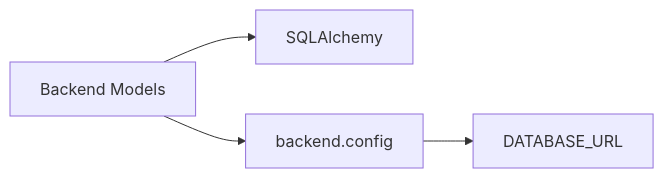
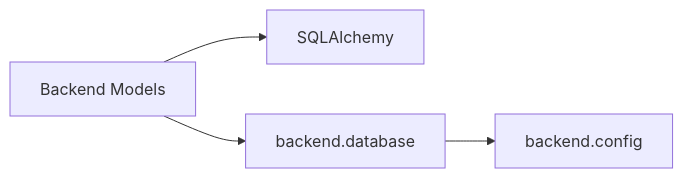
Before and after one commit to lorecanc/dispensapp: the diagram in wiki/modules/backend-models.md, drawn with Mermaid. The commit also changed other lines of this file and 55 other files, not shown here.

````diff
--- a/wiki/modules/backend-models.md
+++ b/wiki/modules/backend-models.md
@@ -67,6 +148,6 @@
 ```mermaid
 graph LR
     BackendModels["Backend Models"] --> SQLAlchemy["SQLAlchemy"]
-    BackendModels --> Config["backend.config"]
-    Config --> DATABASE_URL["DATABASE_URL"]
+    BackendModels --> BackendDatabase["backend.database"]
+    BackendDatabase --> Config["backend.config"]
 ```
````
